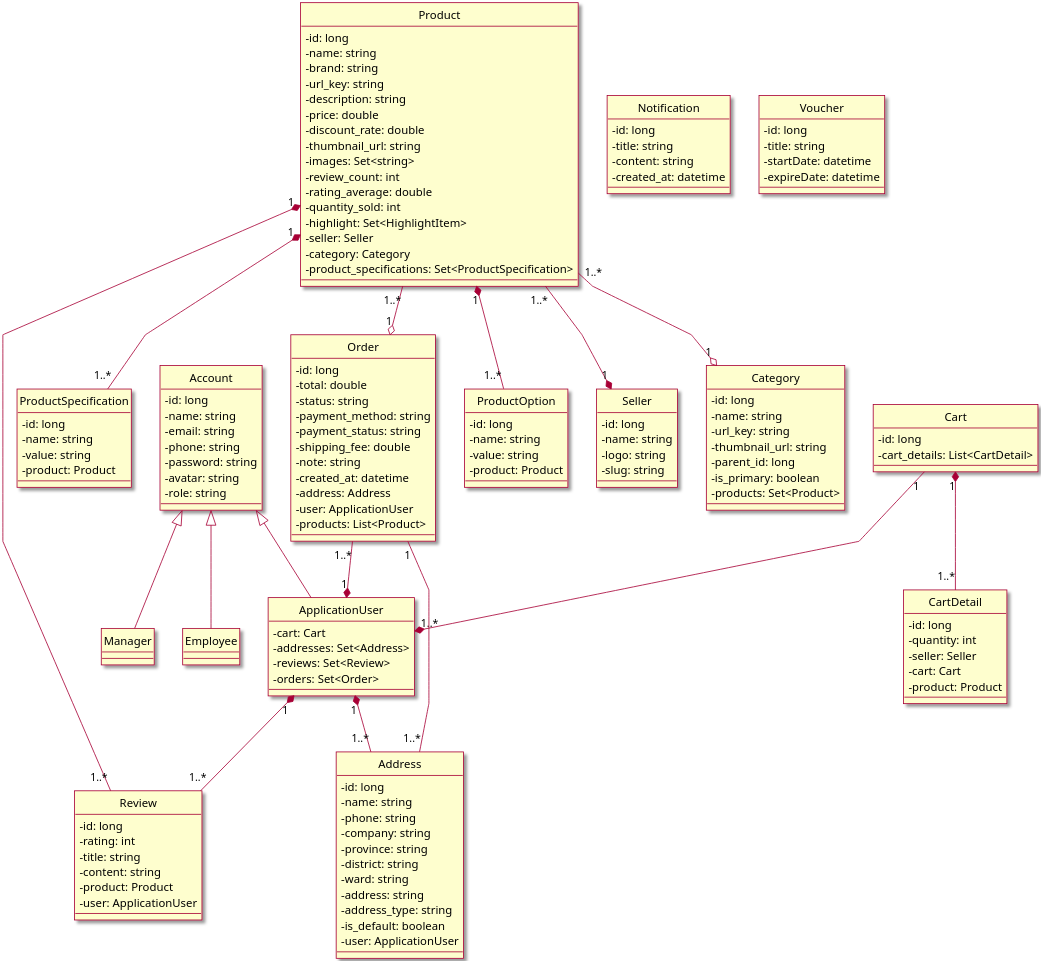
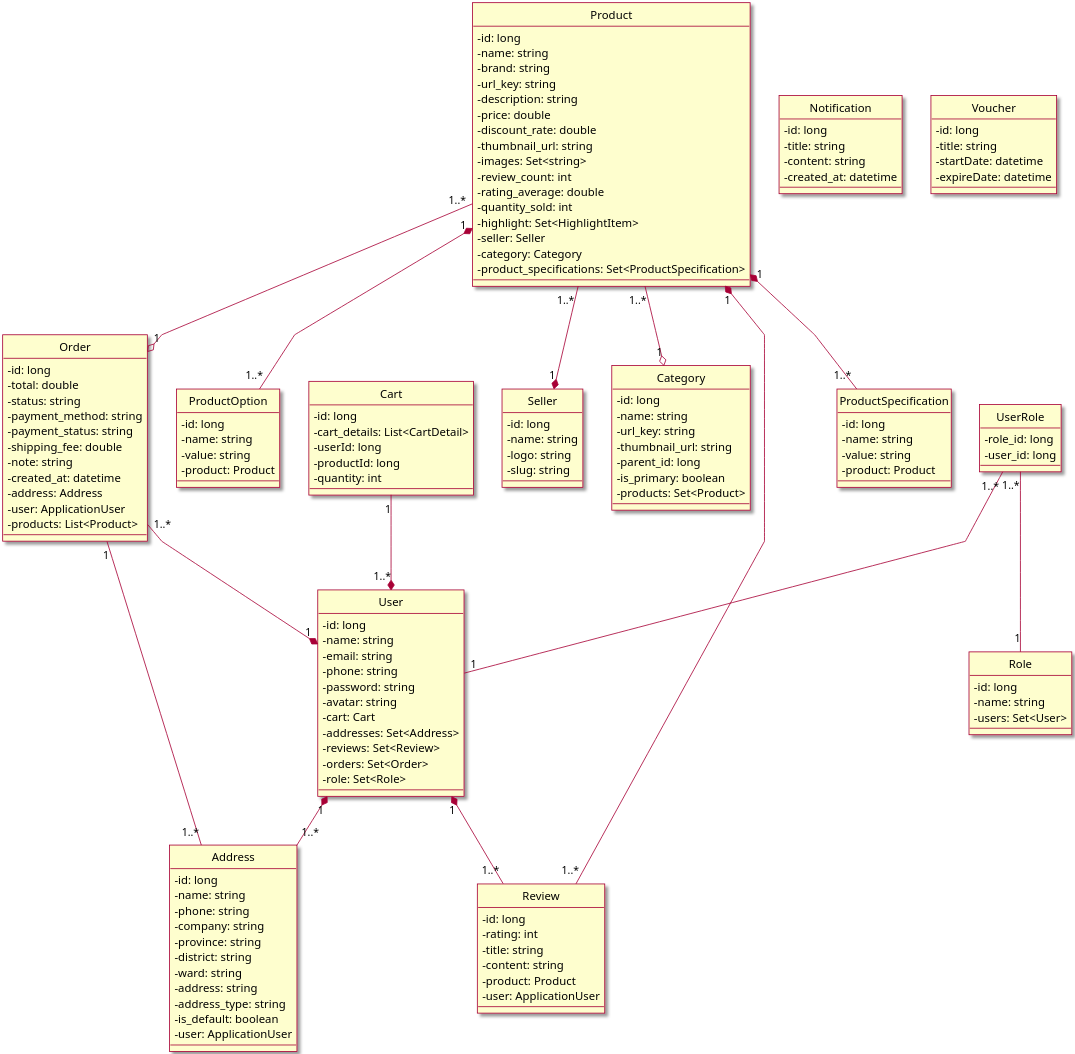
The diagram in Class/ClassDiagram.puml (Marowota/ecommerce-plantuml), drawn with PlantUML before and after one commit.

Commit message:
Update class diagram

```diff
--- a/Class/ClassDiagram.puml
+++ b/Class/ClassDiagram.puml
@@ -1,181 +1,174 @@
 @startuml Class Diagram
 
 skin rose
 skinparam classAttributeIconSize 0
 ' skinparam linetype ortho
 skinparam linetype polyline
 hide circle
 scale 3
 
 ' Product
 class Product{
     - id: long
     - name: string
     - brand: string
     - url_key: string
     - description: string
     - price: double
     - discount_rate: double
     - thumbnail_url: string
     - images: Set<string>
     - review_count: int
     - rating_average: double
     - quantity_sold: int
     - highlight: Set<HighlightItem>
     - seller: Seller
     - category: Category
     - product_specifications: Set<ProductSpecification>
 }
 
 
 class ProductSpecification{
     - id: long
     - name: string
     - value: string
     - product: Product
 }
 
 class ProductOption{
     - id: long
     - name: string
     - value: string
     - product: Product
 }
 
 
 class Seller{
     - id: long
     - name: string
     - logo: string
     - slug: string
 }
 
 ' Category
 class Category{
     - id: long
     - name: string
     - url_key: string
     - thumbnail_url: string
     - parent_id: long
     - is_primary: boolean
     - products: Set<Product>
 }
 
 ' Review
 class Review{
     - id: long
     - rating: int
     - title: string
     - content: string
     - product: Product
     - user: ApplicationUser
 }
 
 ' User
-class ApplicationUser{
-    
-    - cart: Cart
-    - addresses: Set<Address>
-    - reviews: Set<Review>
-    - orders: Set<Order>
-}
-
-
-class Account{
+class User{
     - id: long
     - name: string
     - email: string
     - phone: string
     - password: string
     - avatar: string
-    - role: string
+    - cart: Cart
+    - addresses: Set<Address>
+    - reviews: Set<Review>
+    - orders: Set<Order>
+    - role: Set<Role>
 }
 
-class Manager{
-    
+
+class Role{
+    - id: long
+    - name: string
+    - users: Set<User>
 }
 
-class Employee{
-    
+class UserRole{
+    - role_id: long
+    - user_id: long
 }
+
 
 class Address{
     - id: long
     - name: string
     - phone: string
     - company: string
     - province: string
     - district: string
     - ward: string
     - address: string
     - address_type: string
     - is_default: boolean
     - user: ApplicationUser
 }
 
 
 ' Cart
 class Cart{
     - id: long
     - cart_details: List<CartDetail>
-}
-
-class CartDetail{
-    - id: long
+    - userId: long
+    - productId: long
     - quantity: int
-    - seller: Seller
-    - cart: Cart
-    - product: Product
 }
 
 ' Order
 class Order{
     - id: long
     - total: double
     - status: string
     - payment_method: string
     - payment_status: string
     - shipping_fee: double
     - note: string
     - created_at: datetime
     - address: Address
     - user: ApplicationUser
     - products: List<Product>
 }
 
 ' Notification
 class Notification{
     - id: long
     - title: string
     - content: string
     - created_at: datetime
 }
 
 class Voucher{
     - id: long
     - title: string
     - startDate: datetime
     - expireDate: datetime
 }
 
 Product "1" *-- "1..*" ProductSpecification
 Product "1..* "--* "1" Seller
 Product "1" *-- "1..*" Review
 Product "1..*" --o "1" Order
 Product "1" *-- "1..*" ProductOption
 Product "1..*" --o "1" Category
 
-ApplicationUser "1" *-- "1..*" Address
-ApplicationUser "1" *-- "1..*" Review
+User "1" *-- "1..*" Address
+User "1" *-- "1..*" Review
 
-Cart "1" --* "1..*" ApplicationUser
-Cart "1" *-- "1..*" CartDetail
+Cart "1" --* "1..*" User
 
-Order "1..*" --* "1" ApplicationUser
+Order "1..*" --* "1" User
 Order "1" -- "1..*" Address
 
-Account <|-- ApplicationUser
-Account <|-- Manager
-Account <|-- Employee
+UserRole "1..*" -- "1" User
+UserRole "1..*" -- "1" Role
 
 @enduml
```
